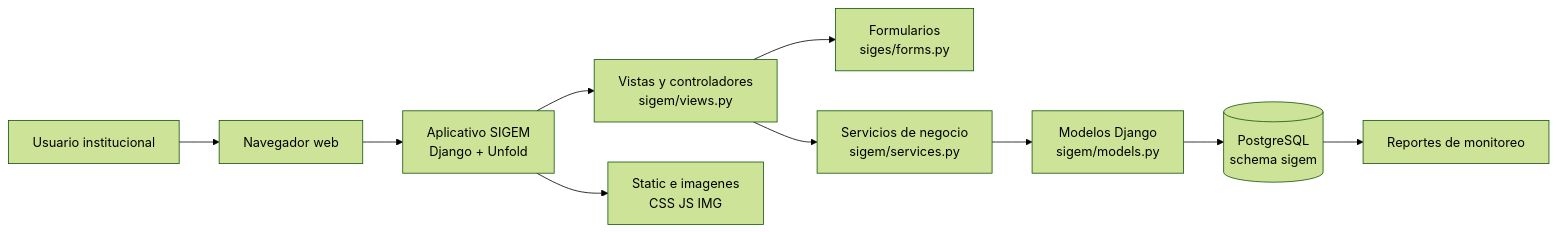
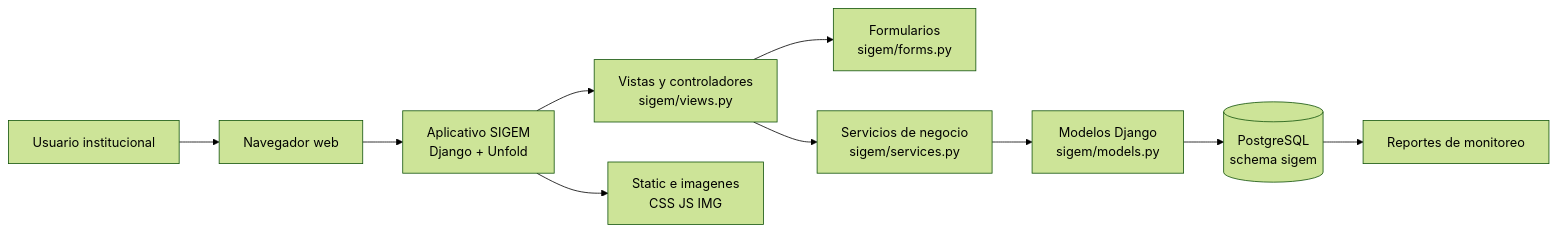
Before and after one commit to marcelochavez-ec/SIGEM: the first of 4 diagrams in README.md, drawn with Mermaid (forest theme). The commit also changed other lines of this file and 152 other files, not shown here.

````diff
--- a/README.md
+++ b/README.md
@@ -46,12 +46,12 @@
 ```mermaid
 flowchart LR
     U[Usuario institucional] --> B[Navegador web]
     B --> W[Aplicativo SIGEM<br/>Django + Unfold]
     W --> V[Vistas y controladores<br/>sigem/views.py]
-    V --> F[Formularios<br/>siges/forms.py]
+    V --> F[Formularios<br/>sigem/forms.py]
     V --> S[Servicios de negocio<br/>sigem/services.py]
     S --> M[Modelos Django<br/>sigem/models.py]
     M --> DB[(PostgreSQL<br/>schema sigem)]
     W --> ST[Static e imagenes<br/>CSS JS IMG]
     DB --> R[Reportes de monitoreo]
 ```
````
